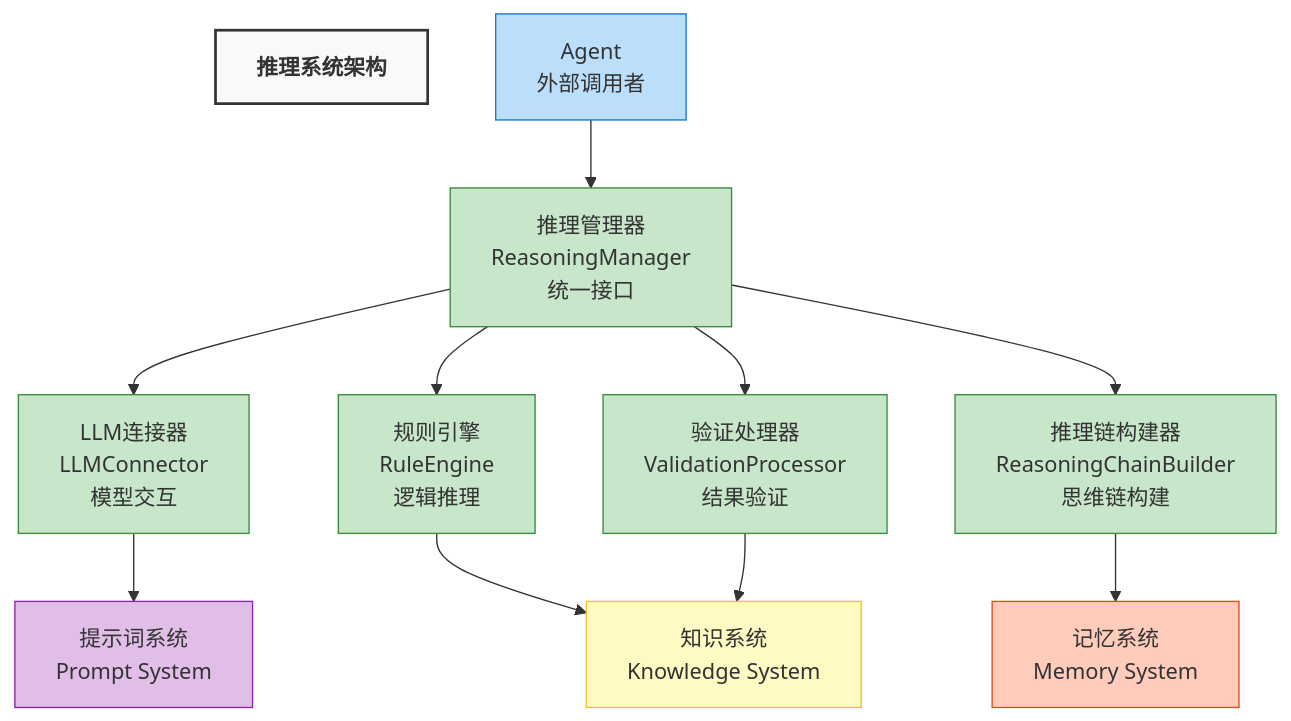
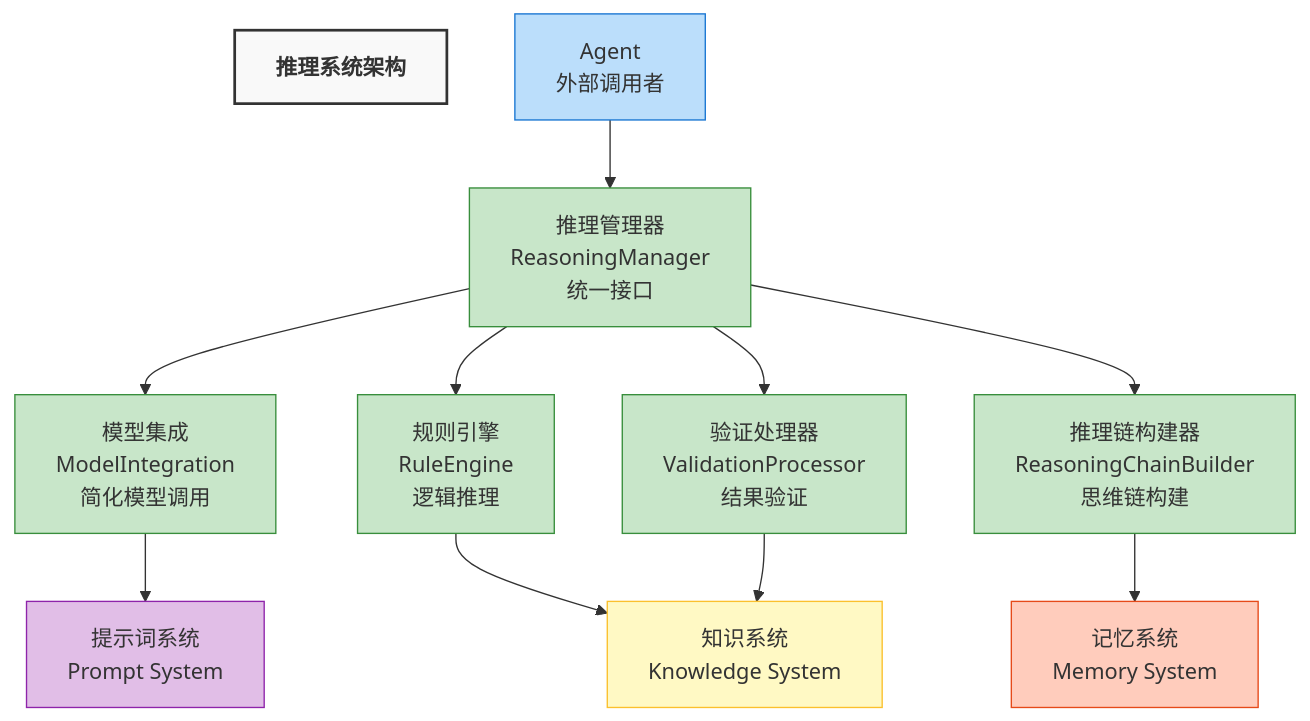
The diagram in all/未命名-2.md (DDtoma/iodraw-files), drawn with Mermaid before and after one commit.

Commit message:
2025-03-12 09:40:15 update

````diff
--- a/all/未命名-2.md
+++ b/all/未命名-2.md
@@ -1,44 +1,44 @@
 ```mermaid
 graph TB
     %% 总标题
     title[<b>推理系统架构</b>]
     
     %% 外部接口
     Agent["Agent<br>外部调用者"]
     Knowledge["知识系统<br>Knowledge System"]
     Memory["记忆系统<br>Memory System"]
     Prompt["提示词系统<br>Prompt System"]
     
     %% 核心模块
     RM["推理管理器<br>ReasoningManager<br>统一接口"]
-    LC["LLM连接器<br>LLMConnector<br>模型交互"]
+    MC["模型集成<br>ModelIntegration<br>简化模型调用"]
     RE["规则引擎<br>RuleEngine<br>逻辑推理"]
     RC["推理链构建器<br>ReasoningChainBuilder<br>思维链构建"]
     VP["验证处理器<br>ValidationProcessor<br>结果验证"]
     
     %% 关系定义
     Agent --> RM
-    RM --> LC
+    RM --> MC
     RM --> RE
     RM --> RC
     RM --> VP
-    LC --> Prompt
+    MC --> Prompt
     RE --> Knowledge
     VP --> Knowledge
     RC --> Memory
     
     %% 样式设置
     classDef titleClass fill:#f9f9f9,stroke:#333,stroke-width:2px,font-weight:bold
     classDef agentClass fill:#bbdefb,stroke:#1976d2,stroke-width:1px
     classDef knowledgeClass fill:#fff9c4,stroke:#fbc02d,stroke-width:1px
     classDef memoryClass fill:#ffccbc,stroke:#e64a19,stroke-width:1px
     classDef promptClass fill:#e1bee7,stroke:#8e24aa,stroke-width:1px
     classDef moduleClass fill:#c8e6c9,stroke:#388e3c,stroke-width:1px
     
     class title titleClass
     class Agent agentClass
     class Knowledge knowledgeClass
     class Memory memoryClass
     class Prompt promptClass
-    class RM,LC,RE,RC,VP moduleClass
+    class RM,MC,RE,RC,VP moduleClass
 ```
````
